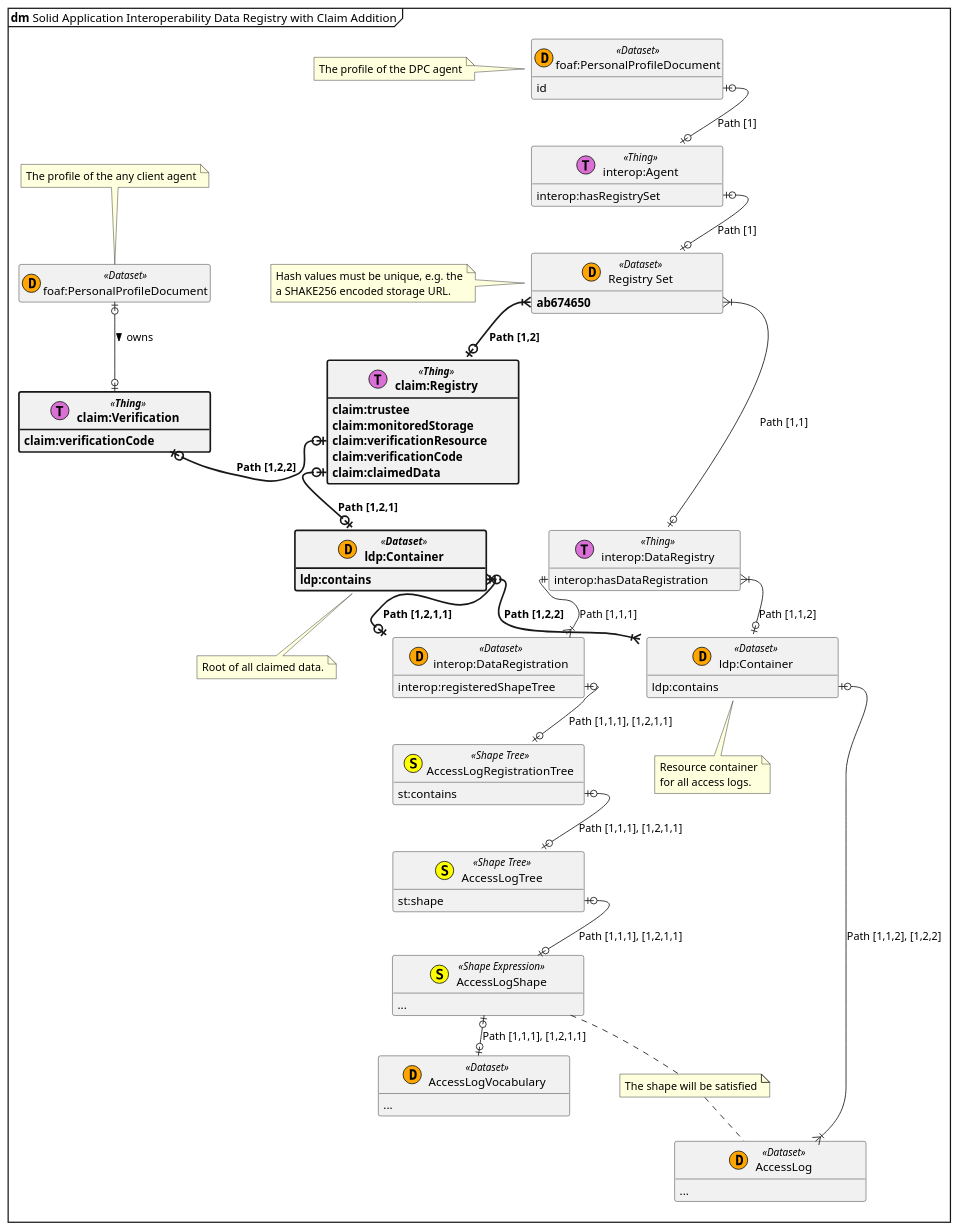
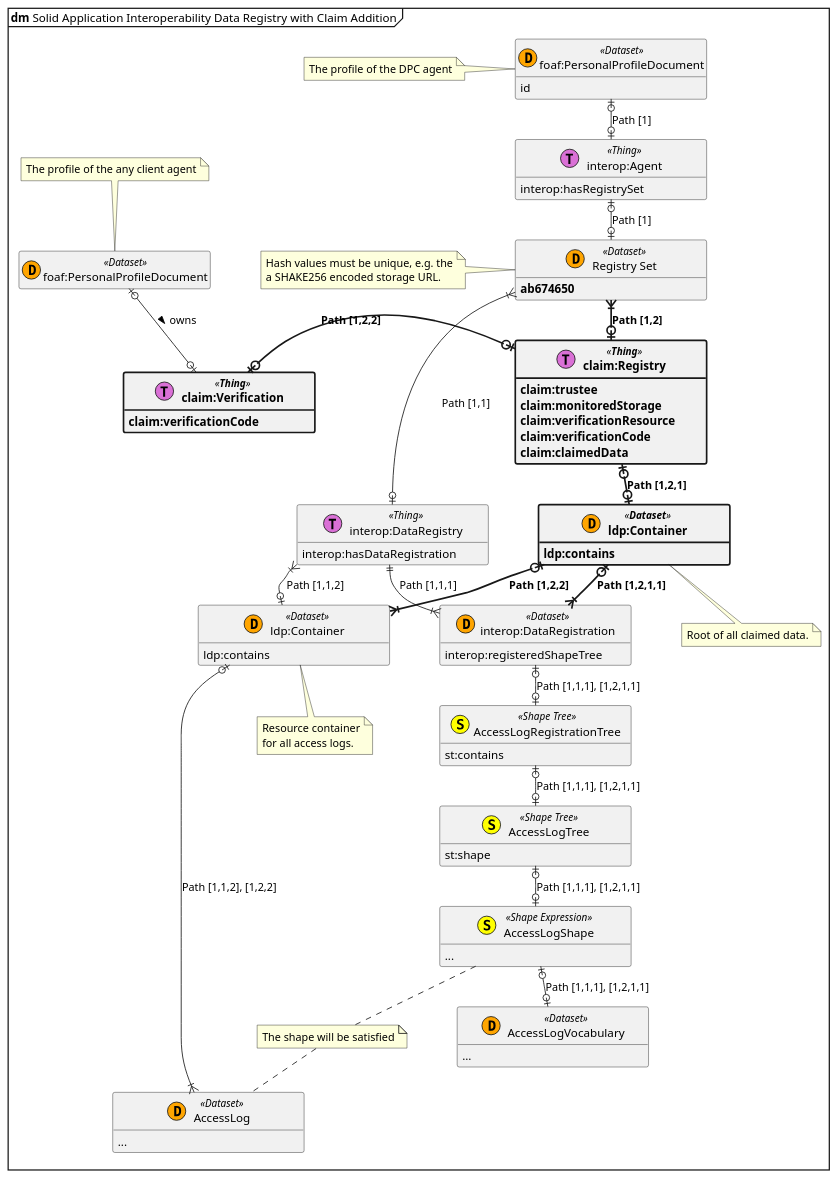
The diagram in docs/resources/diagrams/dm_Full.puml (guddii/SEACT), drawn with PlantUML before and after one commit. The commit also changed 7557 other files, not shown here.

```diff
--- a/docs/resources/diagrams/dm_Full.puml
+++ b/docs/resources/diagrams/dm_Full.puml
@@ -1,84 +1,84 @@
 @startuml
 top to bottom direction
 hide empty members
 skinparam nodesep 60
 skinparam ranksep 30
 skinparam SameClassWidth true
 
 mainframe **dm** Solid Application Interoperability Data Registry with Claim Addition
 
 entity  "foaf:PersonalProfileDocument" as WebID_Client << (D,orange) Dataset >> {
 }
 note top: The profile of the any client agent
 entity "**claim:Verification**" as Verification << (T,orchid) **Thing** >> #line.bold  {
     **claim:verificationCode**
 }
 entity "foaf:PersonalProfileDocument" as WebID_DPC << (D,orange) Dataset >> {
     id
 }
 note left: The profile of the DPC agent
 entity "interop:Agent" as SocialAgent << (T,orchid) Thing >> {
     interop:hasRegistrySet
 }
 entity "Registry Set" as RegistrySet << (D,orange) Dataset >> {
     **ab674650**
 }
 note left: Hash values must be unique, e.g. the\na SHAKE256 encoded storage URL.
 entity "interop:DataRegistry" as DataRegistry << (T,orchid) Thing >> {
     interop:hasDataRegistration
 }
 entity "**claim:Registry**" as ClaimRegistry << (T,orchid) **Thing** >> #line.bold {
     **claim:trustee**
     **claim:monitoredStorage**
     **claim:verificationResource**
     **claim:verificationCode**
     **claim:claimedData**
 }
 entity "**ldp:Container**" as Container1 << (D,orange) **Dataset** >> #line.bold {
    **ldp:contains**
 }
 note bottom: Root of all claimed data.
 entity "interop:DataRegistration" as DataRegistration << (D,orange) Dataset >> {
     interop:registeredShapeTree
 }
 entity "ldp:Container" as Container2 << (D,orange) Dataset >> {
     ldp:contains
 }
 note bottom: Resource container\nfor all access logs.
 entity "AccessLog" as AccessLog << (D,orange) Dataset >>{
     ...
 }
 entity "AccessLogRegistrationTree" as AccessLogRegistrationTree << (S,yellow) Shape Tree >> {
     st:contains
 }
 entity "AccessLogTree" as AccessLogTree << (S,yellow) Shape Tree >> {
     st:shape
 }
 entity "AccessLogShape" as AccessLogShape << (S,yellow) Shape Expression >> {
     ...
 }
 entity "AccessLogVocabulary" as AccessLogVocabulary << (D,orange) Dataset >> {
     ...
 }
 
-WebID_Client                            |o-down-o|          Verification                : > owns
-WebID_DPC::id                           |o-down-o|          SocialAgent                 : Path [1]
-SocialAgent::hasRegistrySet             |o-down-o|          RegistrySet                 : Path [1]
-RegistrySet::ab674650                   }|-down-o|          DataRegistry                : Path [1,1]
-DataRegistry::hasDataRegistration       ||-down-|{          DataRegistration            : Path [1,1,1]
-DataRegistration::registeredShapeTree   |o-down-o|          AccessLogRegistrationTree   : Path [1,1,1], [1,2,1,1]
-AccessLogRegistrationTree::contains     |o-down-o|          AccessLogTree               : Path [1,1,1], [1,2,1,1]
-AccessLogTree::shape                    |o-down-o|          AccessLogShape              : Path [1,1,1], [1,2,1,1]
-AccessLogShape                          |o-down-o|          AccessLogVocabulary         : Path [1,1,1], [1,2,1,1]
-DataRegistry::hasDataRegistration       }|-down-o|          Container2                  : Path [1,1,2]
-Container2::contains                    |o-down-|{          AccessLog                   : Path [1,1,2], [1,2,2]
-RegistrySet::ab674650                   }|-down[bold]-o|    ClaimRegistry               : **Path [1,2]**
-ClaimRegistry::claimedData              |o-down[bold]-o|    Container1                  : **Path [1,2,1]**
-Container1::contains                    |o-down[bold]-|{    DataRegistration            : **Path [1,2,1,1]**
-Container1::contains                    |o-down[bold]-|{    Container2                  : **Path [1,2,2]**
-ClaimRegistry::verificationResource     |o-left[bold]-o|    Verification                : **Path [1,2,2]**
+WebID_Client                |o-down-o|          Verification                : > owns
+WebID_DPC                   |o-down-o|          SocialAgent                 : Path [1]
+SocialAgent                 |o-down-o|          RegistrySet                 : Path [1]
+RegistrySet                 }|-down-o|          DataRegistry                : Path [1,1]
+DataRegistry                ||-down-|{          DataRegistration            : Path [1,1,1]
+DataRegistration            |o-down-o|          AccessLogRegistrationTree   : Path [1,1,1], [1,2,1,1]
+AccessLogRegistrationTree   |o-down-o|          AccessLogTree               : Path [1,1,1], [1,2,1,1]
+AccessLogTree               |o-down-o|          AccessLogShape              : Path [1,1,1], [1,2,1,1]
+AccessLogShape              |o-down-o|          AccessLogVocabulary         : Path [1,1,1], [1,2,1,1]
+DataRegistry                }|-down-o|          Container2                  : Path [1,1,2]
+Container2                  |o-down-|{          AccessLog                   : Path [1,1,2], [1,2,2]
+RegistrySet                 }|-down[bold]-o|    ClaimRegistry               : **Path [1,2]**
+ClaimRegistry               |o-down[bold]-o|    Container1                  : **Path [1,2,1]**
+Container1                  |o-down[bold]-|{    DataRegistration            : **Path [1,2,1,1]**
+Container1                  |o-down[bold]-|{    Container2                  : **Path [1,2,2]**
+ClaimRegistry               |o-left[bold]-o|    Verification                : **Path [1,2,2]**
 
 note "The shape will be satisfied" as Note
 AccessLogShape .. Note
 Note .. AccessLog
 @enduml
```
